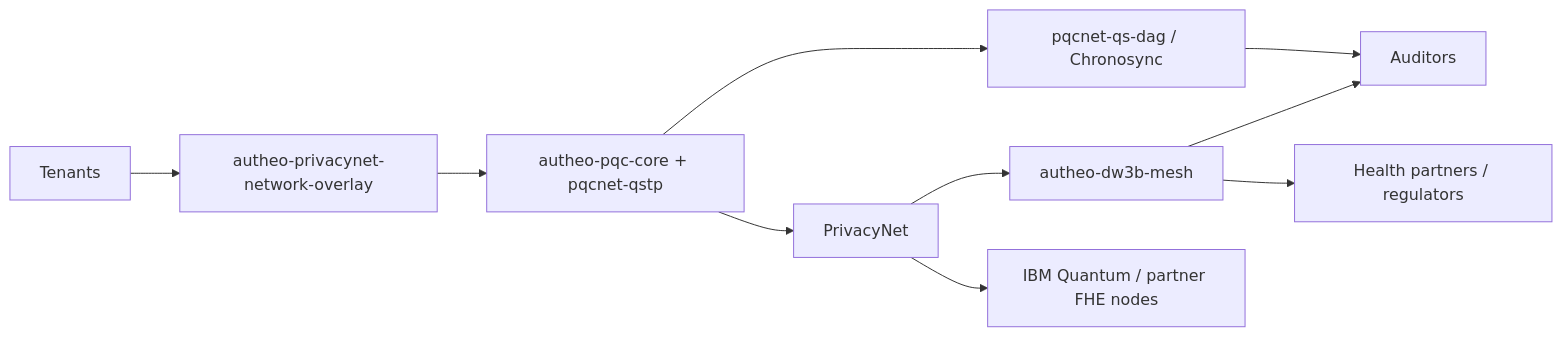
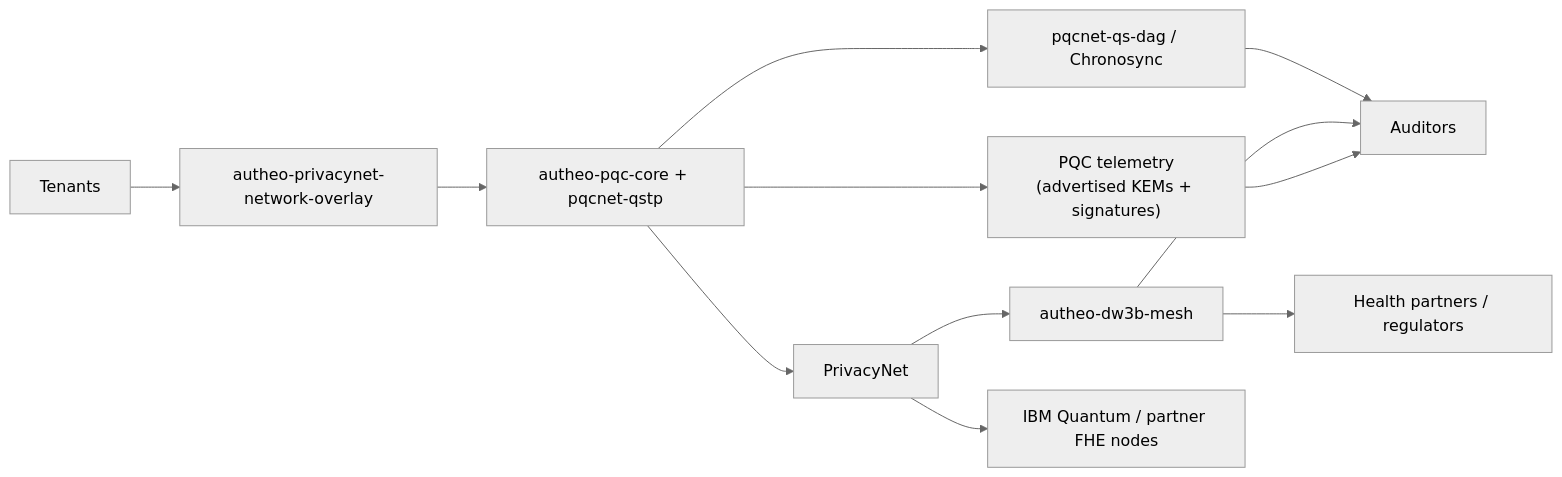
The diagram in pqcnet-contracts/README.md (Lpierzina/pqc-tracing-bot), drawn with Mermaid before and after one commit. The commit also changed other lines of this file and 5 other files, not shown here.

First line of the commit message:
Update pqc readme and diagrams (#125)

````diff
--- a/pqcnet-contracts/README.md
+++ b/pqcnet-contracts/README.md
@@ -13,12 +14,15 @@
 ```mermaid
+%%{init: { "theme": "neutral" }}%%
 flowchart LR
     Tenants --> OverlayRPC[autheo-privacynet-network-overlay]
     OverlayRPC --> PQCNet[autheo-pqc-core + pqcnet-qstp]
     PQCNet --> Chronosync[pqcnet-qs-dag / Chronosync]
     PQCNet --> PrivacyNet
+    PQCNet --> PQCInventory["PQC telemetry\n(advertised KEMs + signatures)"]
     PrivacyNet --> DW3BMesh[autheo-dw3b-mesh]
     PrivacyNet --> IBMQuantum[IBM Quantum / partner FHE nodes]
     DW3BMesh --> HealthPartners[Health partners / regulators]
     Chronosync --> Auditors
     DW3BMesh --> Auditors
+    PQCInventory --> Auditors
 ```
````
